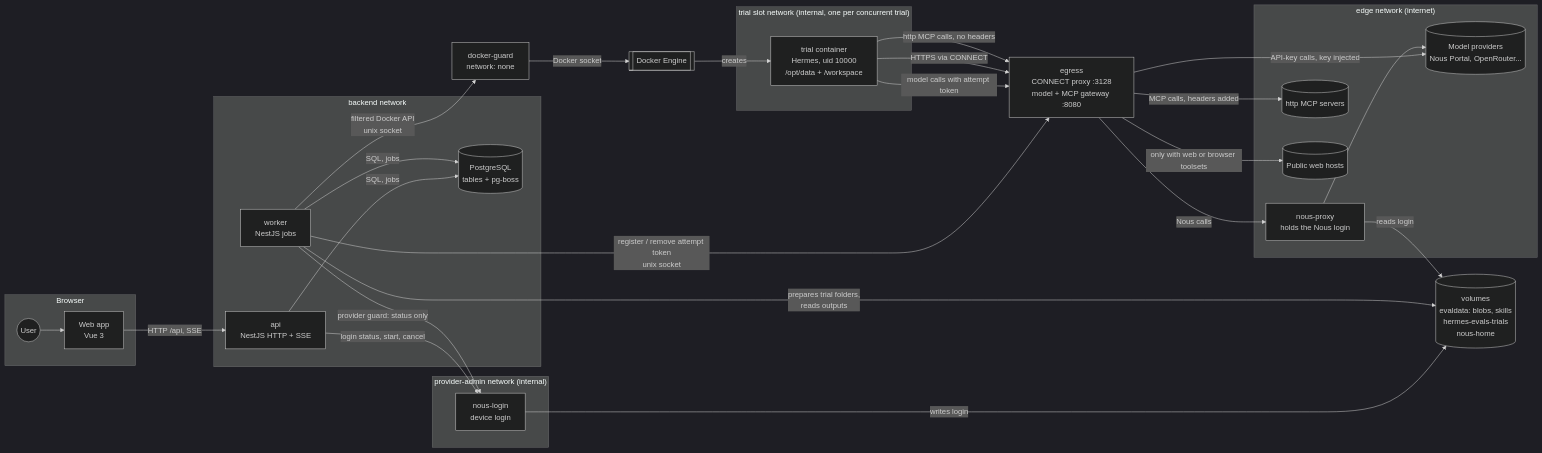
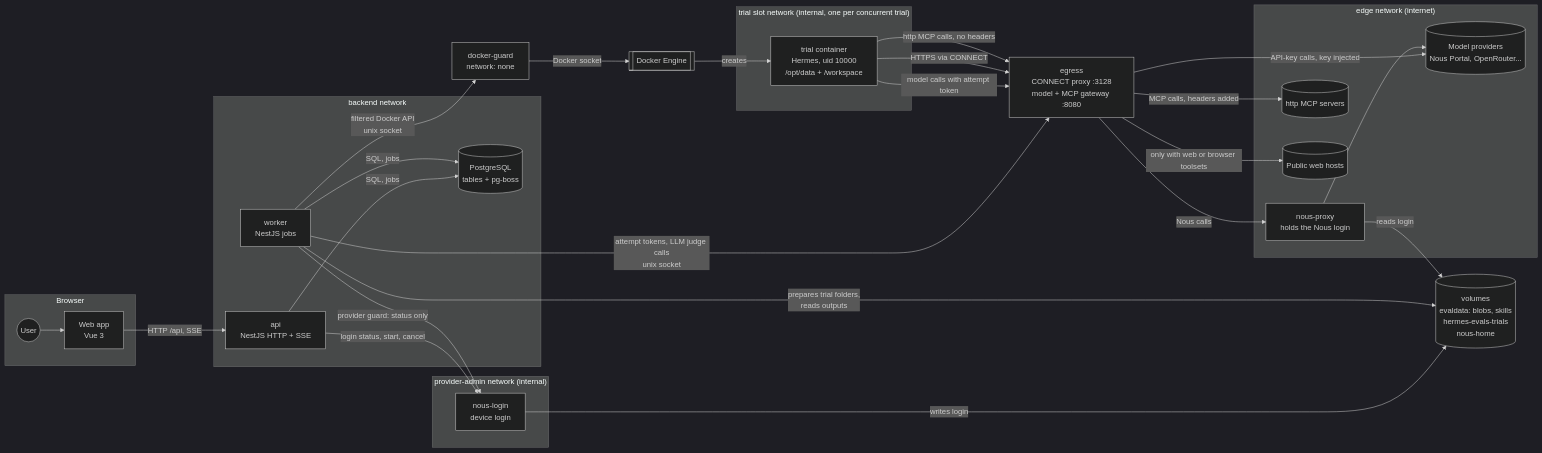
The first of 38 diagrams in UI_FLOWS.md (sasuke007/hermes-evals), drawn with Mermaid (dark theme) before and after one commit. The commit also changed other lines of this file and 180 other files, not shown here.

````diff
--- a/UI_FLOWS.md
+++ b/UI_FLOWS.md
@@ -55,57 +55,57 @@
 ```mermaid
 flowchart LR
   subgraph browser["Browser"]
     U(("User"))
     W["Web app<br/>Vue 3"]
   end
 
   subgraph backend["backend network"]
     API["api<br/>NestJS HTTP + SSE"]
     WK["worker<br/>NestJS jobs"]
     PG[("PostgreSQL<br/>tables + pg-boss")]
   end
 
   subgraph admin["provider-admin network (internal)"]
     NL["nous-login<br/>device login"]
   end
 
   G["docker-guard<br/>network: none"]
   D[["Docker Engine"]]
 
   subgraph slot["trial slot network (internal, one per concurrent trial)"]
     T["trial container<br/>Hermes, uid 10000<br/>/opt/data + /workspace"]
   end
 
   E["egress<br/>CONNECT proxy :3128<br/>model + MCP gateway :8080"]
 
   subgraph edge["edge network (internet)"]
     NP["nous-proxy<br/>holds the Nous login"]
     P[("Model providers<br/>Nous Portal, OpenRouter...")]
     MCP[("http MCP servers")]
     WEB[("Public web hosts")]
   end
 
   V[("volumes<br/>evaldata: blobs, skills<br/>hermes-evals-trials<br/>nous-home")]
 
   U --> W
   W -- "HTTP /api, SSE" --> API
   API -- "SQL, jobs" --> PG
   WK -- "SQL, jobs" --> PG
   API -- "login status, start, cancel" --> NL
   WK -- "provider guard: status only" --> NL
   WK -- "filtered Docker API<br/>unix socket" --> G
   G -- "Docker socket" --> D
   D -- "creates" --> T
-  WK -- "register / remove attempt token<br/>unix socket" --> E
+  WK -- "attempt tokens, LLM judge calls<br/>unix socket" --> E
   T -- "model calls with attempt token" --> E
   T -- "HTTPS via CONNECT" --> E
   T -- "http MCP calls, no headers" --> E
   E -- "Nous calls" --> NP
   E -- "API-key calls, key injected" --> P
   E -- "MCP calls, headers added" --> MCP
   E -- "only with web or browser toolsets" --> WEB
   NP --> P
   NL -- "writes login" --> V
   NP -- "reads login" --> V
   WK -- "prepares trial folders,<br/>reads outputs" --> V
 ```
````
